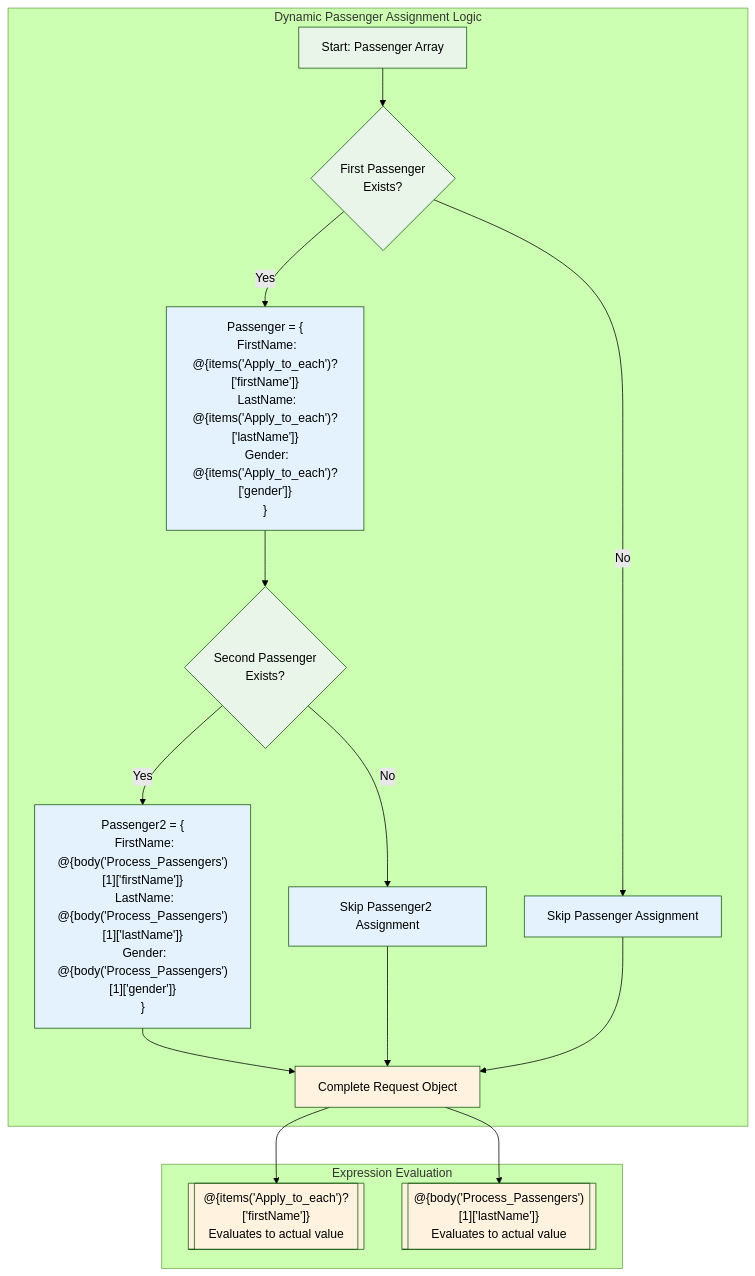
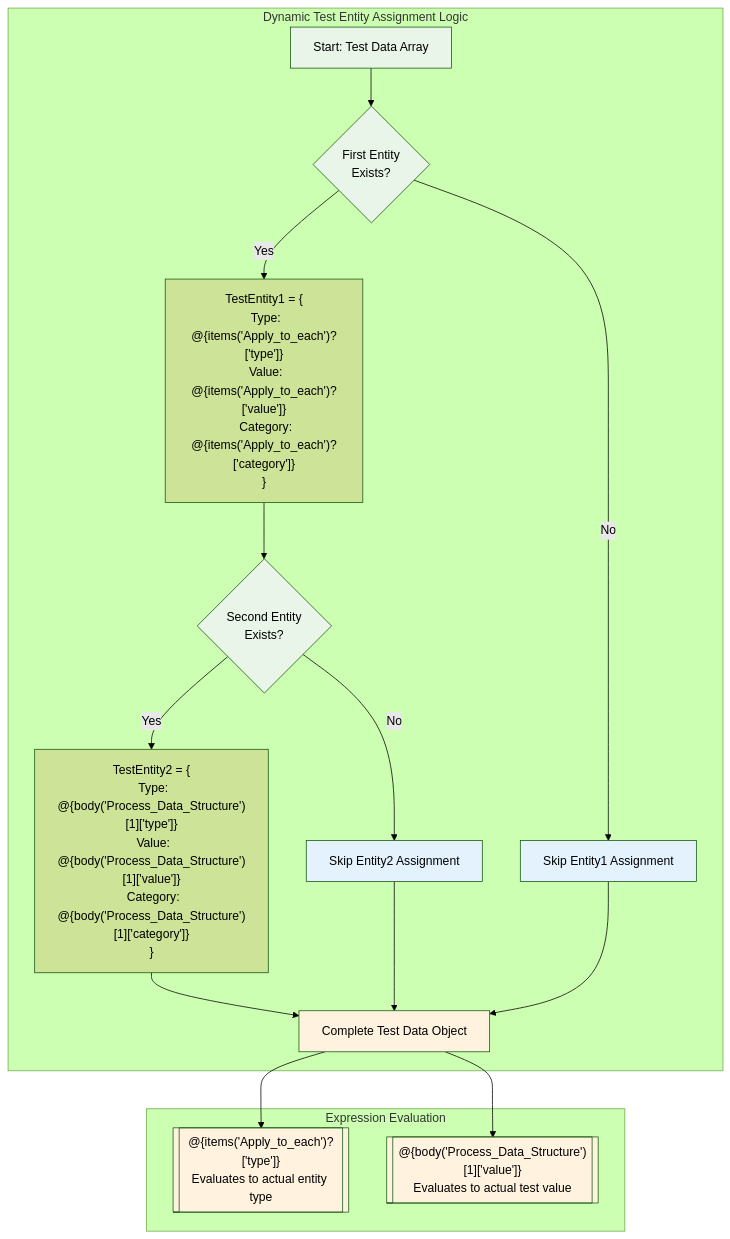
The fifth of 5 diagrams in INNOVATION_DAY_PRESENTATION.md (vijaythotadappa/smart-test-data-creator), drawn with Mermaid (forest theme) before and after one commit. The commit also changed other lines of this file, not shown here.

First line of the commit message:
Transform to Smart Test Data Creator: Universal AI-powered test data generation system

````diff
--- a/INNOVATION_DAY_PRESENTATION.md
+++ b/INNOVATION_DAY_PRESENTATION.md
@@ -274,32 +278,32 @@
 ```mermaid
 graph TD
-    subgraph "Dynamic Passenger Assignment Logic"
-        Start[Start: Passenger Array] --> CheckFirst{First Passenger<br/>Exists?}
-        CheckFirst -->|Yes| AssignP1["Passenger = {<br/>  FirstName: @{items('Apply_to_each')?['firstName']}<br/>  LastName: @{items('Apply_to_each')?['lastName']}<br/>  Gender: @{items('Apply_to_each')?['gender']}<br/>}"]
+    subgraph "Dynamic Test Entity Assignment Logic"
+        Start[Start: Test Data Array] --> CheckFirst{First Entity<br/>Exists?}
+        CheckFirst -->|Yes| AssignE1["TestEntity1 = {<br/>  Type: @{items('Apply_to_each')?['type']}<br/>  Value: @{items('Apply_to_each')?['value']}<br/>  Category: @{items('Apply_to_each')?['category']}<br/>}"]
         
-        CheckFirst -->|No| Skip1[Skip Passenger Assignment]
+        CheckFirst -->|No| Skip1[Skip Entity1 Assignment]
         
-        AssignP1 --> CheckSecond{Second Passenger<br/>Exists?}
-        CheckSecond -->|Yes| AssignP2["Passenger2 = {<br/>  FirstName: @{body('Process_Passengers')[1]['firstName']}<br/>  LastName: @{body('Process_Passengers')[1]['lastName']}<br/>  Gender: @{body('Process_Passengers')[1]['gender']}<br/>}"]
+        AssignE1 --> CheckSecond{Second Entity<br/>Exists?}
+        CheckSecond -->|Yes| AssignE2["TestEntity2 = {<br/>  Type: @{body('Process_Data_Structure')[1]['type']}<br/>  Value: @{body('Process_Data_Structure')[1]['value']}<br/>  Category: @{body('Process_Data_Structure')[1]['category']}<br/>}"]
         
-        CheckSecond -->|No| Skip2[Skip Passenger2 Assignment]
+        CheckSecond -->|No| Skip2[Skip Entity2 Assignment]
         
-        AssignP2 --> Complete[Complete Request Object]
+        AssignE2 --> Complete[Complete Test Data Object]
         Skip1 --> Complete
         Skip2 --> Complete
     end
     
     subgraph "Expression Evaluation"
-        Complete --> Eval1[["@{items('Apply_to_each')?['firstName']}"<br/>Evaluates to actual value]]
-        Complete --> Eval2[["@{body('Process_Passengers')[1]['lastName']}"<br/>Evaluates to actual value]]
+        Complete --> Eval1[["@{items('Apply_to_each')?['type']}"<br/>Evaluates to actual entity type]]
+        Complete --> Eval2[["@{body('Process_Data_Structure')[1]['value']}"<br/>Evaluates to actual test value]]
     end
     
     %% Styling
     classDef logic fill:#e8f5e8
     classDef assign fill:#e3f2fd
     classDef eval fill:#fff3e0
     
     class Start,CheckFirst,CheckSecond logic
     class AssignP1,AssignP2,Skip1,Skip2 assign
     class Complete,Eval1,Eval2 eval
 ```
````
